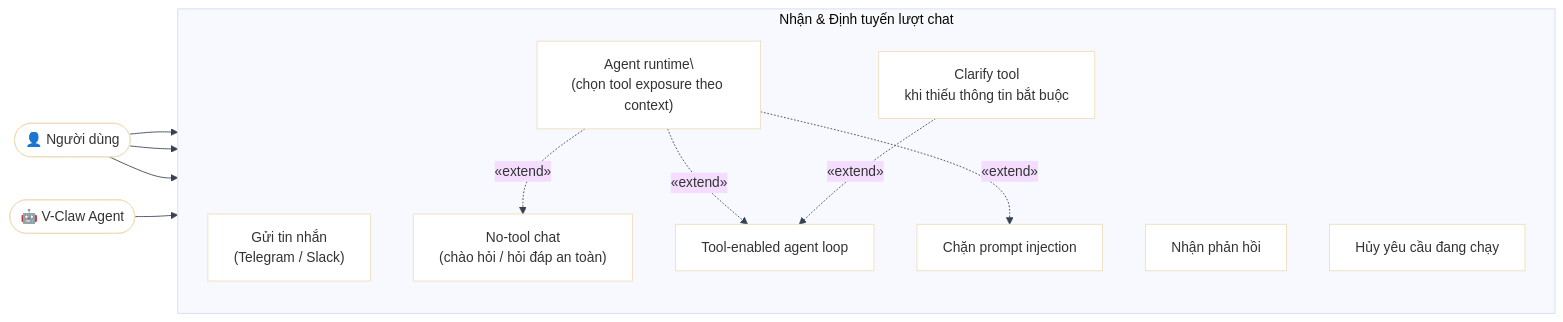
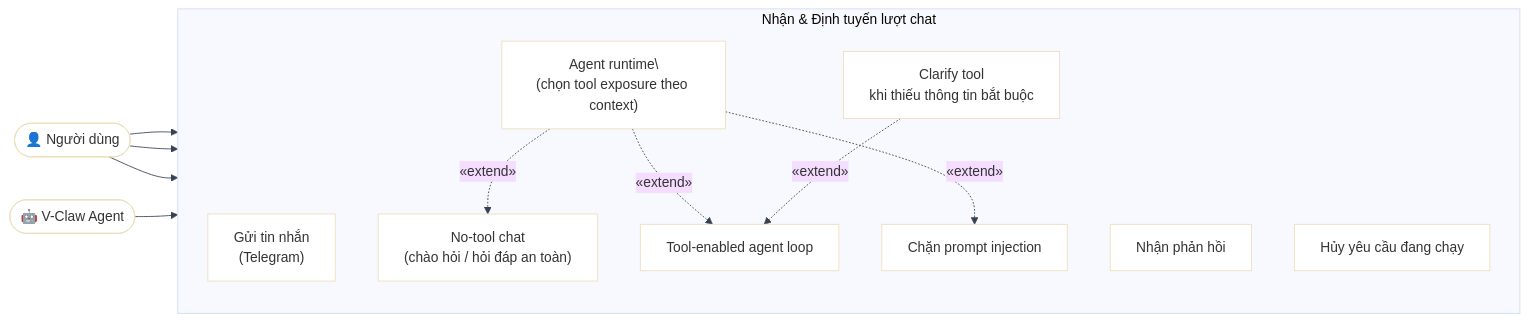
The first of 9 diagrams in docs/02-usecase-diagram.md (AI26-V-Claw/V-Claw), drawn with Mermaid before and after one commit. The commit also changed other lines of this file and 29 other files, not shown here.

````diff
--- a/docs/02-usecase-diagram.md
+++ b/docs/02-usecase-diagram.md
@@ -14,29 +14,29 @@
 ```mermaid
 %%{init: {"theme": "base", "themeVariables": {"background": "#ffffff", "mainBkg": "#ffffff", "darkMode": false, "lineColor": "#374151"}}}%%
 flowchart LR
     user(["👤 Người dùng"])
     agent(["🤖 V-Claw Agent"])
  
     subgraph INPUT ["Nhận & Định tuyến lượt chat"]
         direction TB
-        UC_SEND["Gửi tin nhắn\n(Telegram / Slack)"]
+        UC_SEND["Gửi tin nhắn\n(Telegram)"]
         UC_RECV["Nhận phản hồi"]
         UC_CANCEL["Hủy yêu cầu đang chạy"]
  
         UC_ROUTE["Agent runtime\\n(chọn tool exposure theo context)"]
         UC_NO_TOOL["No-tool chat\n(chào hỏi / hỏi đáp an toàn)"]
         UC_TOOL["Tool-enabled agent loop"]
         UC_INJECT["Chặn prompt injection"]
         UC_ASK["Clarify tool\nkhi thiếu thông tin bắt buộc"]
  
         UC_ROUTE -.->|"«extend»"| UC_NO_TOOL
         UC_ROUTE -.->|"«extend»"| UC_TOOL
         UC_ROUTE -.->|"«extend»"| UC_INJECT
         UC_ASK   -.->|"«extend»"| UC_TOOL
     end
  
     user  --> UC_SEND
     user  --> UC_RECV
     user  --> UC_CANCEL
     agent --> UC_ROUTE
 ```
````
